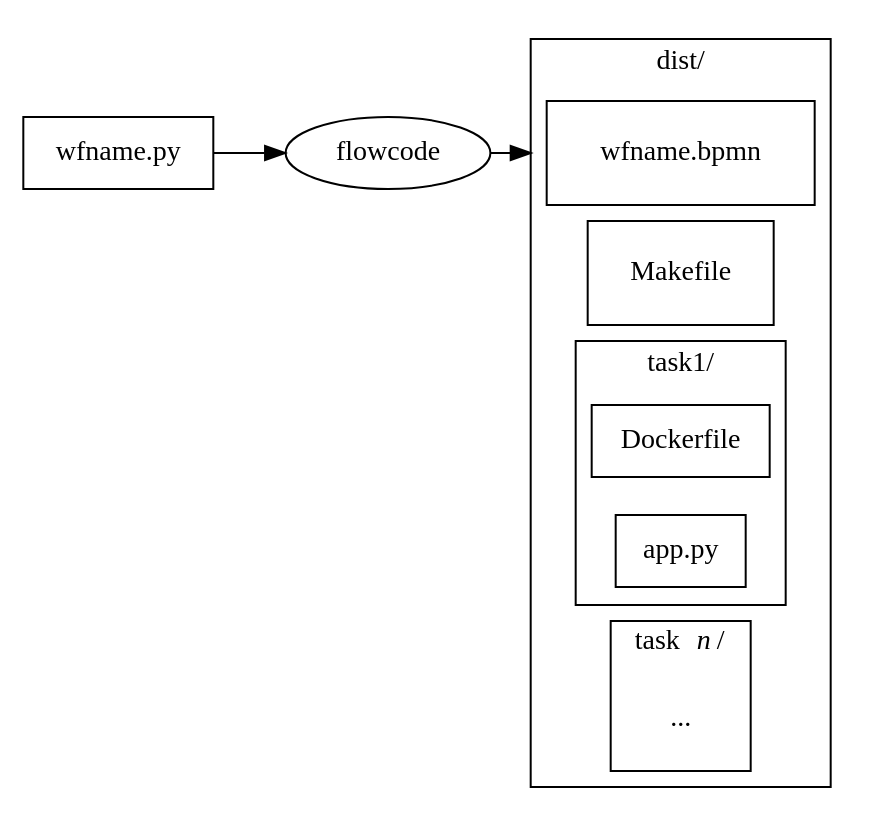
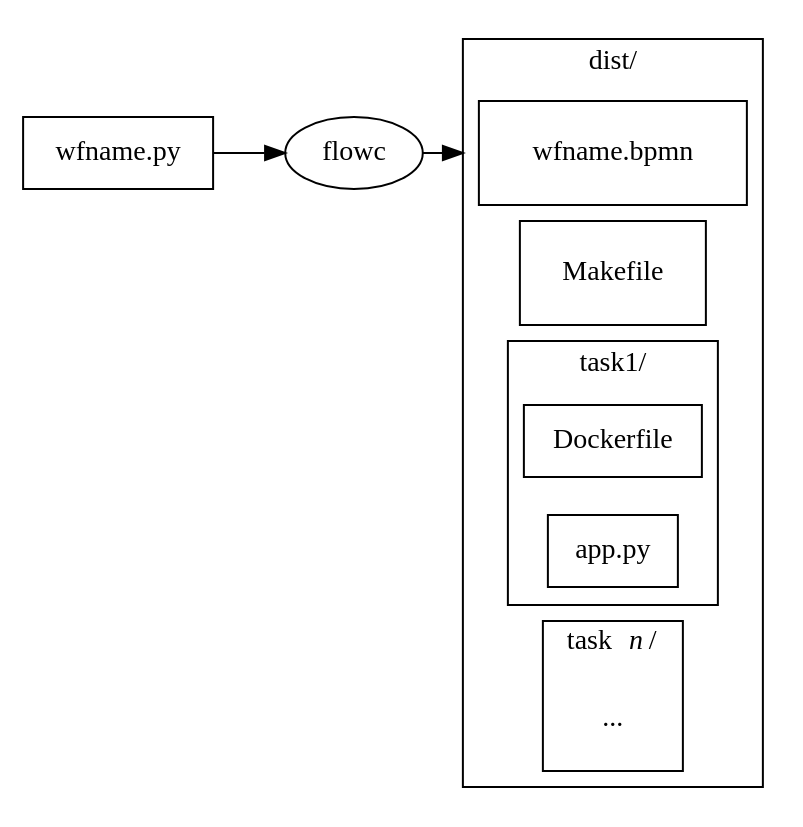
The diagram in prototypes/jriehl/docs/flowc.dot (rexengineering/metaflow), drawn with Graphviz before and after one commit. The commit also changed 2 other files, not shown here.

Commit message:
Completes skeleton code generation in flowc.

```diff
--- a/prototypes/jriehl/docs/flowc.dot
+++ b/prototypes/jriehl/docs/flowc.dot
@@ -1,34 +1,27 @@
-digraph G {
+digraph flowc_graph {
     compound=true; rankdir=LR;
     node [shape=record];
     subgraph cluster_dist {
         label = "dist/";
-        //subdir [label = "./"];
-        /*
-        subdir -> "wfname.bpmn";
-        subdir -> "wfname_task1.py";
-        subdir -> "wfname_task2.py";
-        subdir -> "wfname_taskn.py";
-        */
         subgraph cluster_wfname_bpmn {
             label = "";
             "wfname.bpmn" [shape=plaintext];
         }
         subgraph cluster_makefile {
             label = "";
             "Makefile" [shape=plaintext];
         }
         subgraph cluster_task1 {
             label="task1/";
             "Dockerfile";
             "app.py";
         }
         subgraph cluster_taskn {
             label = <task<i>n</i>/>;
             "..." [shape=plaintext];
         }
     }
-    flowcode [shape=ellipse];
-    "wfname.py" -> flowcode;
-    flowcode -> "wfname.bpmn" [lhead=cluster_dist];
+    flowc [shape=ellipse];
+    "wfname.py" -> flowc;
+    flowc -> "wfname.bpmn" [lhead=cluster_dist];
 }
```
